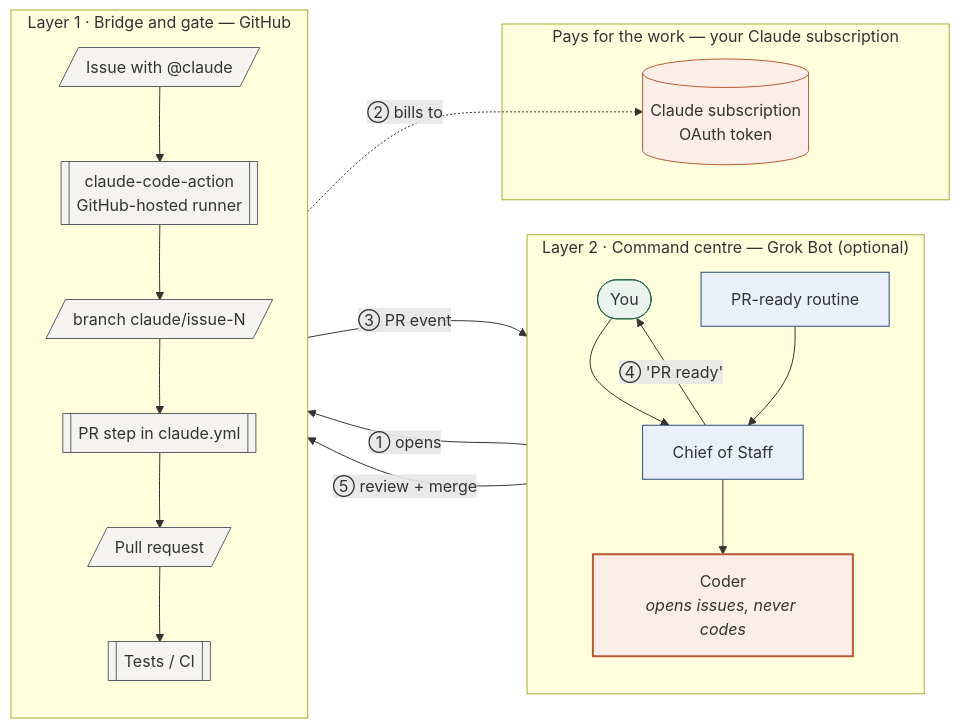
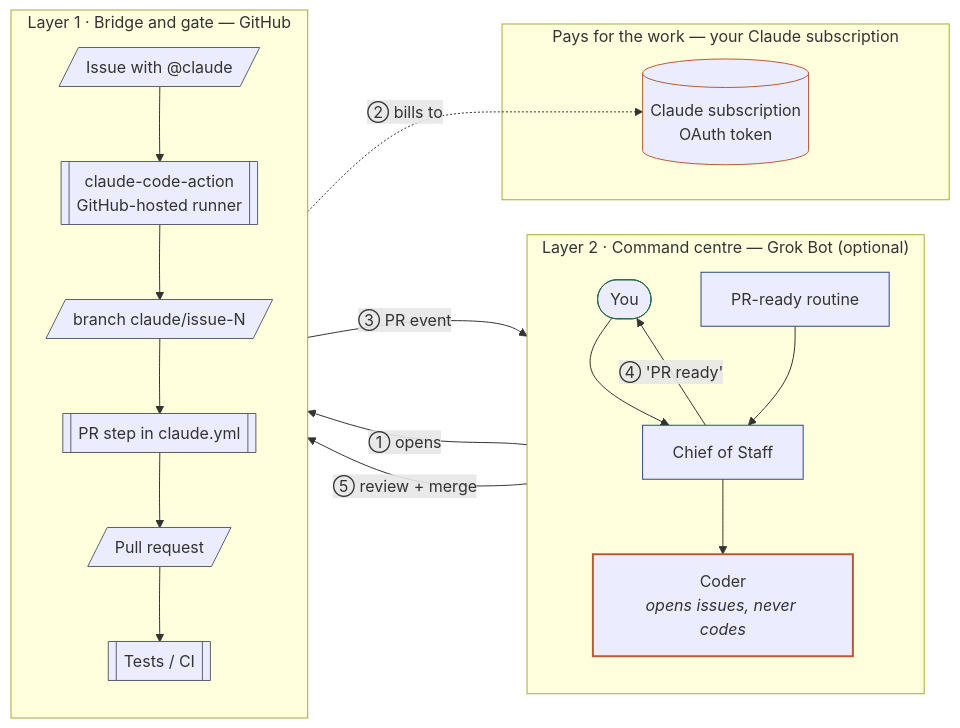
The first of 4 diagrams in docs/01-architecture.md (mathew-builds/Handoff), drawn with Mermaid before and after one commit. The commit also changed other lines of this file and 6 other files, not shown here.

First line of the commit message:
fix: hard-coded Mermaid colours are unreadable in dark mode, including one I added today

````diff
--- a/docs/01-architecture.md
+++ b/docs/01-architecture.md
@@ -18,40 +18,40 @@
 ```mermaid
 flowchart LR
     subgraph GB["Layer 2 · Command centre — Grok Bot (optional)"]
         direction TB
         YOU([You]):::you
         COS[Chief of Staff]:::grok
         CODER[Coder<br/><i>opens issues, never codes</i>]:::coder
         RT[PR-ready routine]:::grok
         YOU --> COS
         COS --> CODER
         RT --> COS
     end
 
     subgraph GH["Layer 1 · Bridge and gate — GitHub"]
         direction TB
         ISSUE[/"Issue with @claude"/]:::gh
         RUN[["claude-code-action<br/>GitHub-hosted runner"]]:::gh
         PR[/"Pull request"/]:::gh
         CI[["Tests / CI"]]:::gh
         BR[/"branch claude/issue-N"/]:::gh
         OPR[["PR step in claude.yml"]]:::gh
         ISSUE --> RUN --> BR --> OPR --> PR --> CI
     end
 
     subgraph CS["Pays for the work — your Claude subscription"]
         CLAUDE[("Claude subscription<br/>OAuth token")]:::claude
     end
 
     CODER -- "① opens" --> ISSUE
     RUN -. "② bills to" .-> CLAUDE
     PR -- "③ PR event" --> RT
     COS -- "④ 'PR ready'" --> YOU
     YOU -- "⑤ review + merge" --> PR
 
-    classDef you fill:#EAF3EE,stroke:#2C6B4F
-    classDef grok fill:#EAF0F9,stroke:#2C4A7C
-    classDef coder fill:#FBEEE8,stroke:#B85A36,stroke-width:2px
-    classDef gh fill:#F5F3EF,stroke:#5C626B
-    classDef claude fill:#FBEEE8,stroke:#B85A36
+    classDef you stroke:#2C6B4F
+    classDef grok stroke:#2C4A7C
+    classDef coder stroke:#B85A36,stroke-width:2px
+    classDef gh stroke:#5C626B
+    classDef claude stroke:#B85A36
 ```
````
